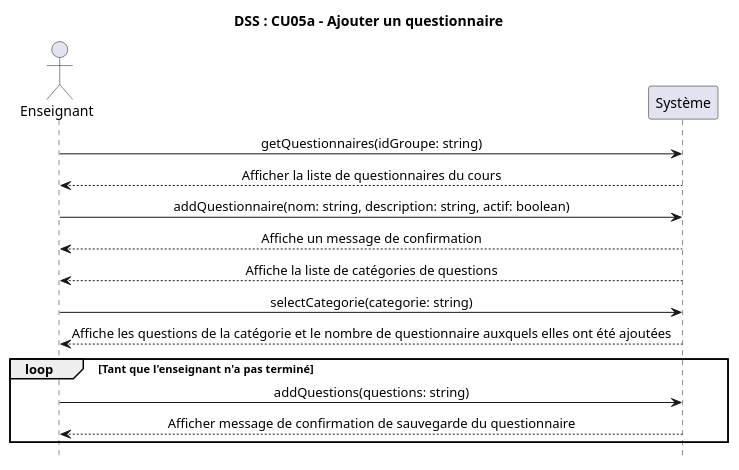
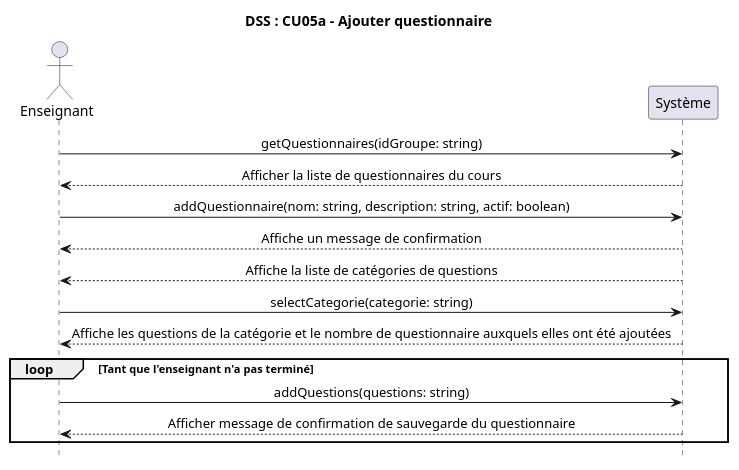
One commit to IshakMegatli1/MoodleCopy changed the diagram in docs/modeles/CU05/dss-CU05a.puml. Above: the diagram before and after it, drawn with PlantUML.

Commit message:
Ajout DSS CU05a modifié

```diff
--- a/docs/modeles/CU05/dss-CU05a.puml
+++ b/docs/modeles/CU05/dss-CU05a.puml
@@ -1,26 +1,31 @@
 @startuml
 
 skinparam sequenceMessageAlign center
 hide footbox
-title DSS : CU05a - Ajouter un questionnaire
+title DSS : CU05a - Ajouter questionnaire
 
 actor "Enseignant" as e
 participant "Système" as s
 
 e -> s : getQuestionnaires(idGroupe: string)
+
 s --> e : Afficher la liste de questionnaires du cours
 
 e -> s : addQuestionnaire(nom: string, description: string, actif: boolean)
+
 s --> e : Affiche un message de confirmation
+
 s --> e : Affiche la liste de catégories de questions
 
+e -> s : selectCategorie(categorie: string)
 
-e -> s : selectCategorie(categorie: string)
 s --> e : Affiche les questions de la catégorie et le nombre de questionnaire auxquels elles ont été ajoutées
 
+loop Tant que l'enseignant n'a pas terminé
 
-loop Tant que l'enseignant n'a pas terminé
 e -> s : addQuestions(questions: string)
+
 s --> e : Afficher message de confirmation de sauvegarde du questionnaire
+
 end
 @enduml
```
